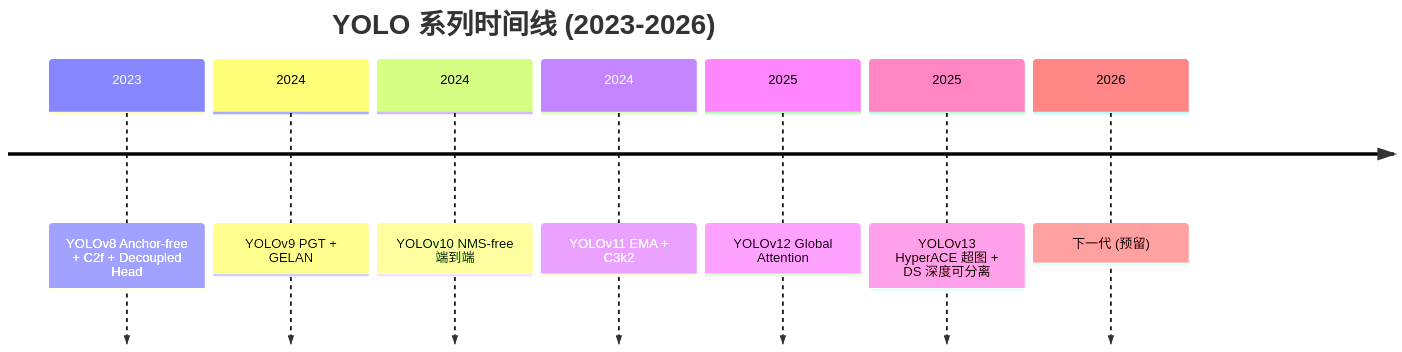
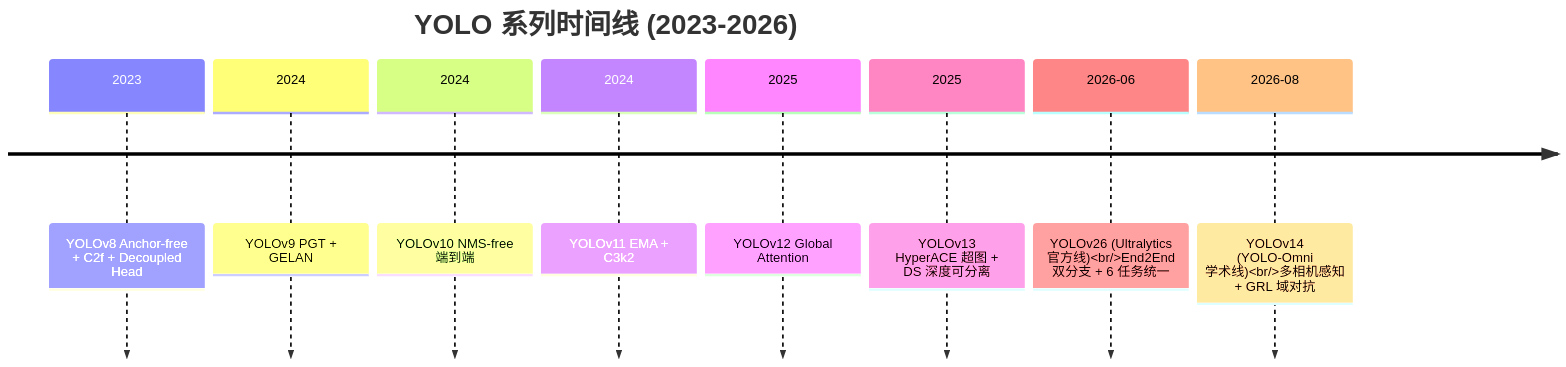
Before and after one commit to yejinlei/agent-yolo: the third of 3 diagrams in docs/global/timeline.md, drawn with Mermaid. The commit also changed other lines of this file and 70 other files, not shown here.

First line of the commit message:
YOLOv14 + YOLO26 双线文档体系上线：v14 学术线（YOLO-Omni）+ v26 官方线（End2End）

````diff
--- a/docs/global/timeline.md
+++ b/docs/global/timeline.md
@@ -28,11 +28,12 @@
 ```mermaid
 timeline
   title YOLO 系列时间线 (2023-2026)
   2023 : YOLOv8 Anchor-free + C2f + Decoupled Head
   2024 : YOLOv9 PGT + GELAN
   2024 : YOLOv10 NMS-free 端到端
   2024 : YOLOv11 EMA + C3k2
   2025 : YOLOv12 Global Attention
   2025 : YOLOv13 HyperACE 超图 + DS 深度可分离
-  2026 : 下一代 (预留)
+  2026-06 : YOLOv26 (Ultralytics 官方线)<br/>End2End 双分支 + 6 任务统一
+  2026-08 : YOLOv14 (YOLO-Omni 学术线)<br/>多相机感知 + GRL 域对抗
 ```
````
